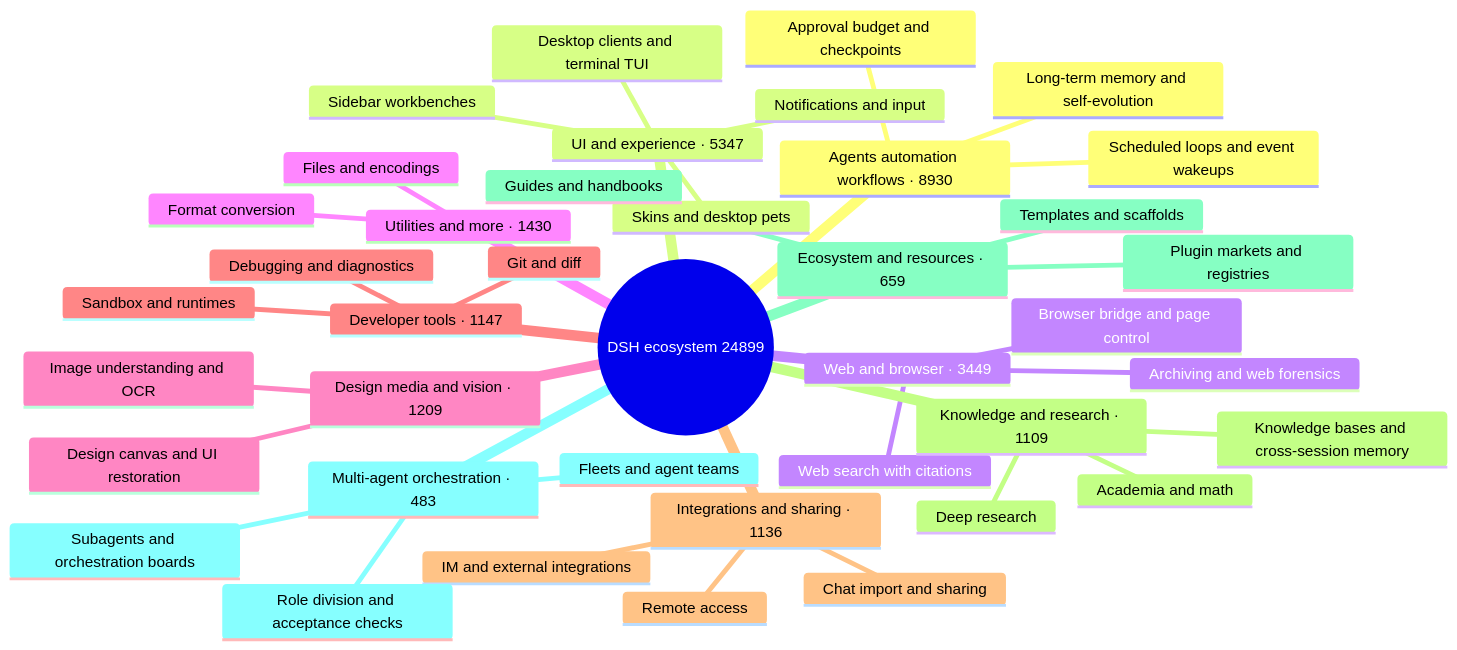
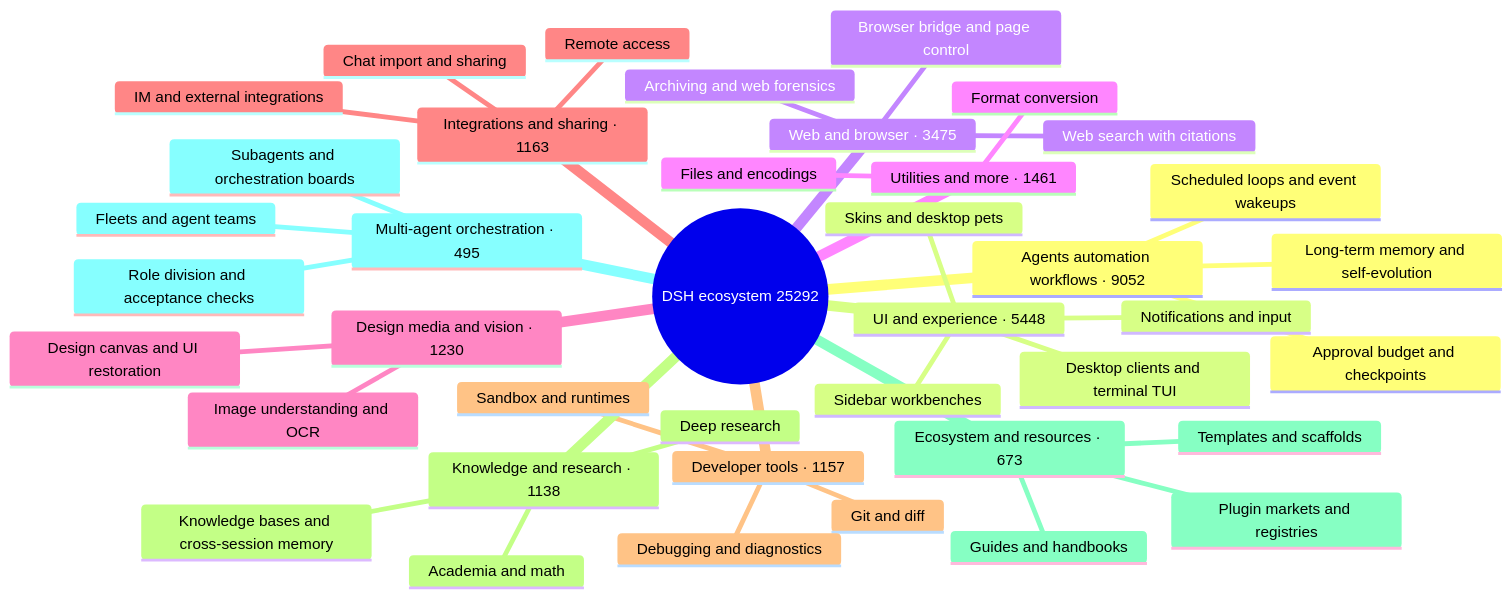
The diagram in README_EN.md (bruc3van/awesome-dsh-plugin), drawn with Mermaid before and after one commit. The commit also changed other lines of this file and 27 other files, not shown here.

````diff
--- a/README_EN.md
+++ b/README_EN.md
@@ -32,43 +32,43 @@
 ```mermaid
 mindmap
-  root((DSH ecosystem 24899))
-    Agents automation workflows · 8930
+  root((DSH ecosystem 25292))
+    Agents automation workflows · 9052
       Scheduled loops and event wakeups
       Long-term memory and self-evolution
       Approval budget and checkpoints
-    UI and experience · 5347
+    UI and experience · 5448
       Desktop clients and terminal TUI
       Sidebar workbenches
       Skins and desktop pets
       Notifications and input
-    Web and browser · 3449
+    Web and browser · 3475
       Browser bridge and page control
       Web search with citations
       Archiving and web forensics
-    Utilities and more · 1430
+    Utilities and more · 1461
       Files and encodings
       Format conversion
-    Design media and vision · 1209
+    Design media and vision · 1230
       Image understanding and OCR
       Design canvas and UI restoration
-    Developer tools · 1147
+    Integrations and sharing · 1163
+      Chat import and sharing
+      Remote access
+      IM and external integrations
+    Developer tools · 1157
       Git and diff
       Sandbox and runtimes
       Debugging and diagnostics
-    Integrations and sharing · 1136
-      Chat import and sharing
-      Remote access
-      IM and external integrations
-    Knowledge and research · 1109
+    Knowledge and research · 1138
       Knowledge bases and cross-session memory
       Deep research
       Academia and math
-    Ecosystem and resources · 659
+    Ecosystem and resources · 673
       Plugin markets and registries
       Templates and scaffolds
       Guides and handbooks
-    Multi-agent orchestration · 483
+    Multi-agent orchestration · 495
       Subagents and orchestration boards
       Fleets and agent teams
       Role division and acceptance checks
 ```
````
